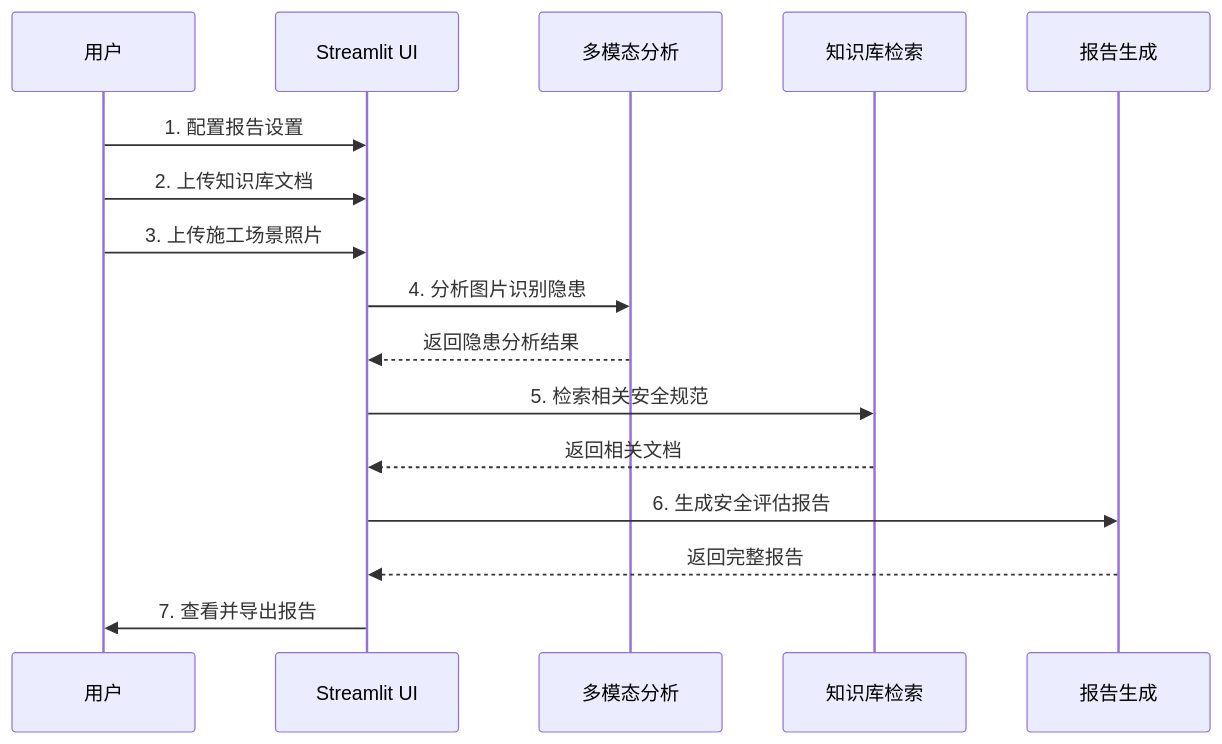
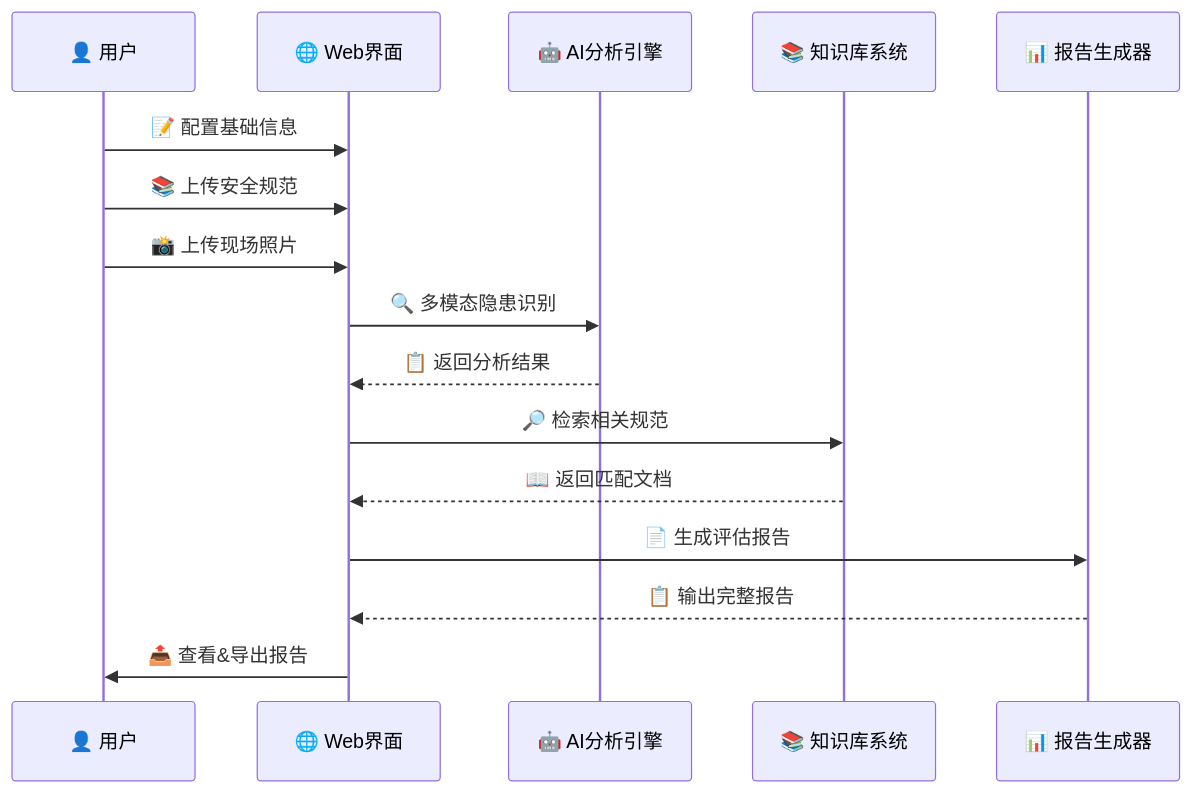
The second of 2 diagrams in README.md (guchanghao1/zhianjian_system), drawn with Mermaid before and after one commit. The commit also changed other lines of this file, not shown here.

````diff
--- a/README.md
+++ b/README.md
@@ -210,19 +225,19 @@
 ```mermaid
 sequenceDiagram
-    participant User as 用户
-    participant UI as Streamlit UI
-    participant Agent as 多模态分析
-    participant RAG as 知识库检索
-    participant Report as 报告生成
+    participant U as 👤 用户
+    participant W as 🌐 Web界面
+    participant A as 🤖 AI分析引擎
+    participant K as 📚 知识库系统
+    participant R as 📊 报告生成器
     
-    User->>UI: 1. 配置报告设置
-    User->>UI: 2. 上传知识库文档
-    User->>UI: 3. 上传施工场景照片
-    UI->>Agent: 4. 分析图片识别隐患
-    Agent-->>UI: 返回隐患分析结果
-    UI->>RAG: 5. 检索相关安全规范
-    RAG-->>UI: 返回相关文档
-    UI->>Report: 6. 生成安全评估报告
-    Report-->>UI: 返回完整报告
-    UI->>User: 7. 查看并导出报告
+    U->>W: 📝 配置基础信息
+    U->>W: 📚 上传安全规范
+    U->>W: 📸 上传现场照片
+    W->>A: 🔍 多模态隐患识别
+    A-->>W: 📋 返回分析结果
+    W->>K: 🔎 检索相关规范
+    K-->>W: 📖 返回匹配文档
+    W->>R: 📄 生成评估报告
+    R-->>W: 📋 输出完整报告
+    W->>U: 📤 查看&导出报告
 ```
````
